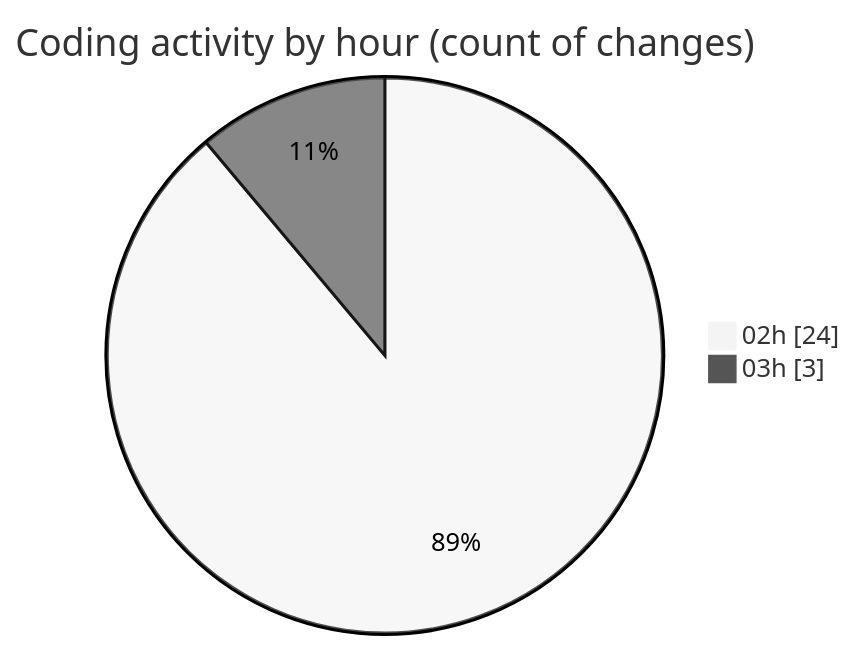
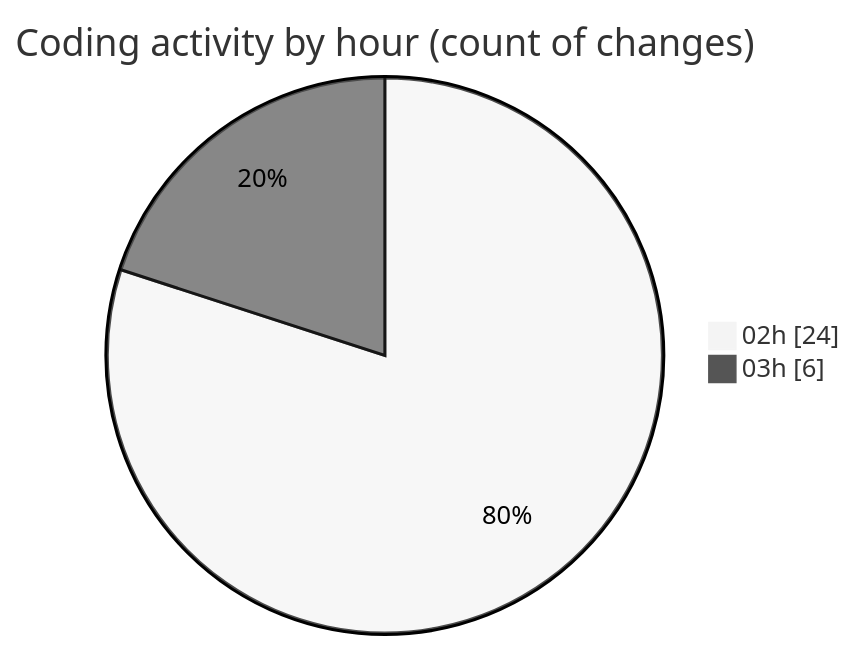
The second of 2 diagrams in 2025-07-23/quanlyrapchieuphim/README.md (lephambinh05/code-tracking), drawn with Mermaid (neutral theme) before and after one commit. The commit also changed other lines of this file and 1 other file, not shown here.

````diff
--- a/2025-07-23/quanlyrapchieuphim/README.md
+++ b/2025-07-23/quanlyrapchieuphim/README.md
@@ -38,6 +38,6 @@
 ```mermaid
 pie showData
 title Coding activity by hour (count of changes)
 "02h" : 24
-"03h" : 3
+"03h" : 6
 ```
````
